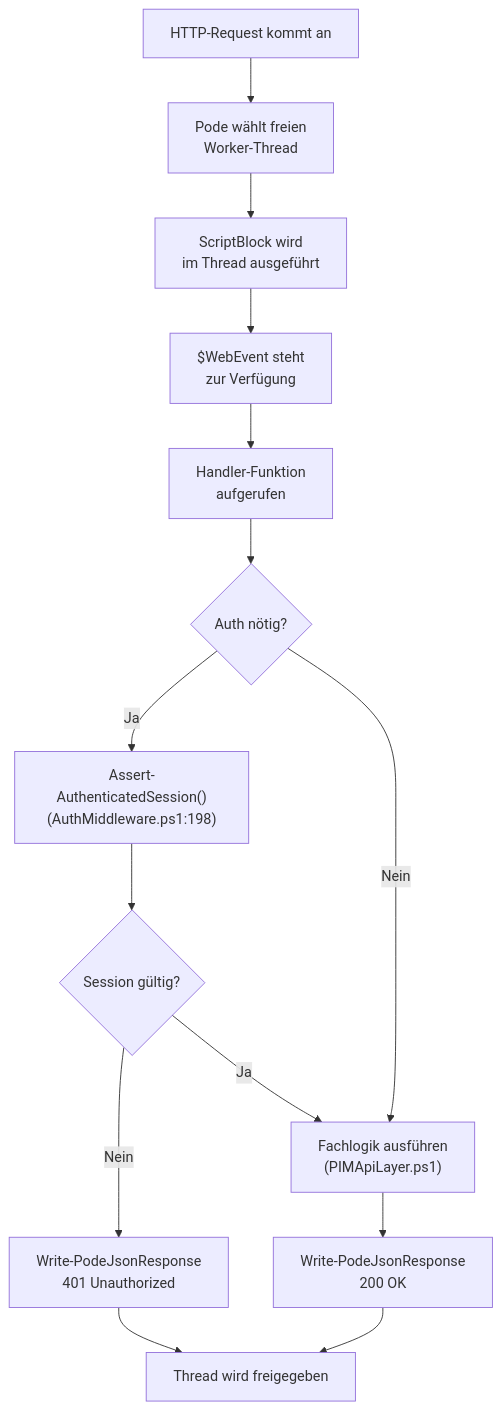
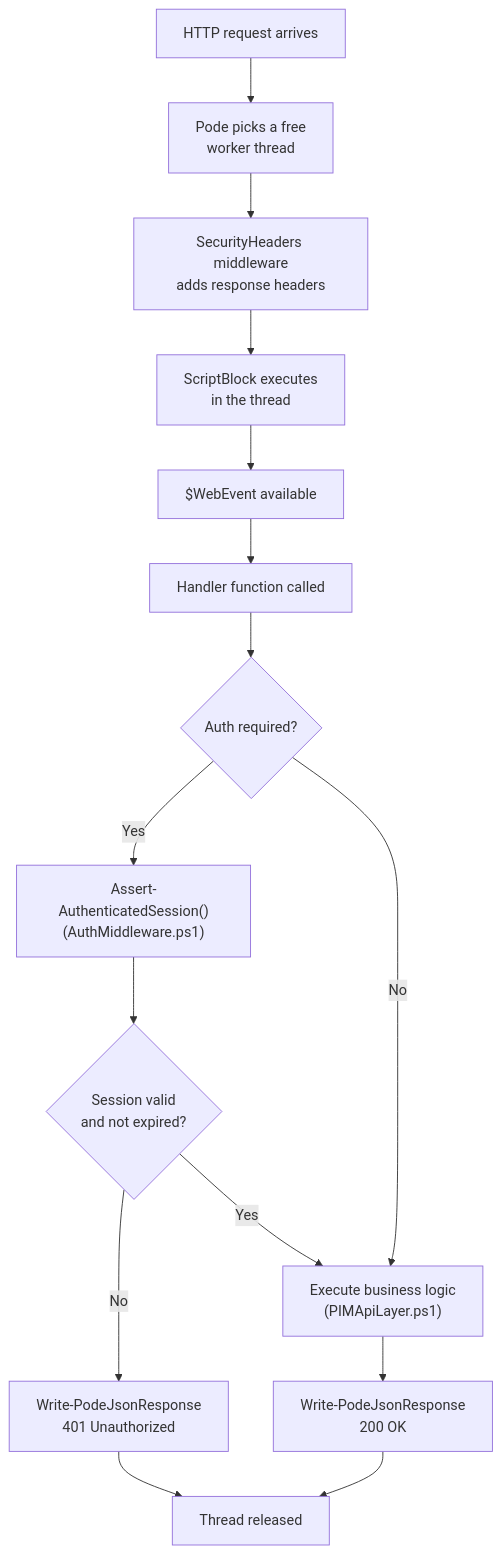
The second of 3 diagrams in pode-onboarding.md (l-gosling/PIMActivation-Web), drawn with Mermaid before and after one commit. The commit also changed other lines of this file and 4 other files, not shown here.

````diff
--- a/pode-onboarding.md
+++ b/pode-onboarding.md
@@ -166,16 +169,17 @@
 ```mermaid
 flowchart TD
-    A["HTTP-Request kommt an"] --> B["Pode wählt freien<br/>Worker-Thread"]
-    B --> C["ScriptBlock wird<br/>im Thread ausgeführt"]
-    C --> D["$WebEvent steht<br/>zur Verfügung"]
-    D --> E["Handler-Funktion<br/>aufgerufen"]
-    E --> F{"Auth nötig?"}
-    F -->|"Ja"| G["Assert-AuthenticatedSession()<br/>(AuthMiddleware.ps1:198)"]
-    G --> H{"Session gültig?"}
-    H -->|"Nein"| I["Write-PodeJsonResponse<br/>401 Unauthorized"]
-    H -->|"Ja"| J["Fachlogik ausführen<br/>(PIMApiLayer.ps1)"]
-    F -->|"Nein"| J
-    J --> K["Write-PodeJsonResponse<br/>200 OK"]
-    I --> L["Thread wird freigegeben"]
-    K --> L
+    A["HTTP request arrives"] --> B["Pode picks a free<br/>worker thread"]
+    B --> C["SecurityHeaders middleware<br/>adds response headers"]
+    C --> D["ScriptBlock executes<br/>in the thread"]
+    D --> E["$WebEvent available"]
+    E --> F["Handler function called"]
+    F --> G{"Auth required?"}
+    G -->|"Yes"| H["Assert-AuthenticatedSession()<br/>(AuthMiddleware.ps1)"]
+    H --> I{"Session valid<br/>and not expired?"}
+    I -->|"No"| J["Write-PodeJsonResponse<br/>401 Unauthorized"]
+    I -->|"Yes"| K["Execute business logic<br/>(PIMApiLayer.ps1)"]
+    G -->|"No"| K
+    K --> L["Write-PodeJsonResponse<br/>200 OK"]
+    J --> M["Thread released"]
+    L --> M
 ```
````
